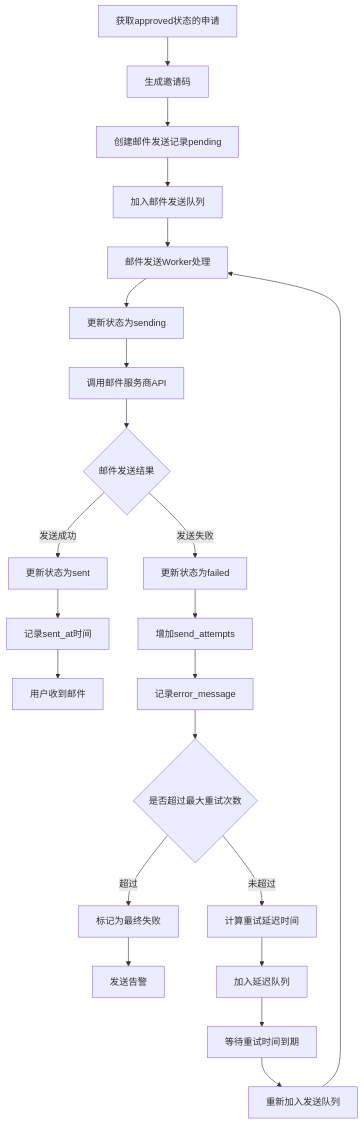
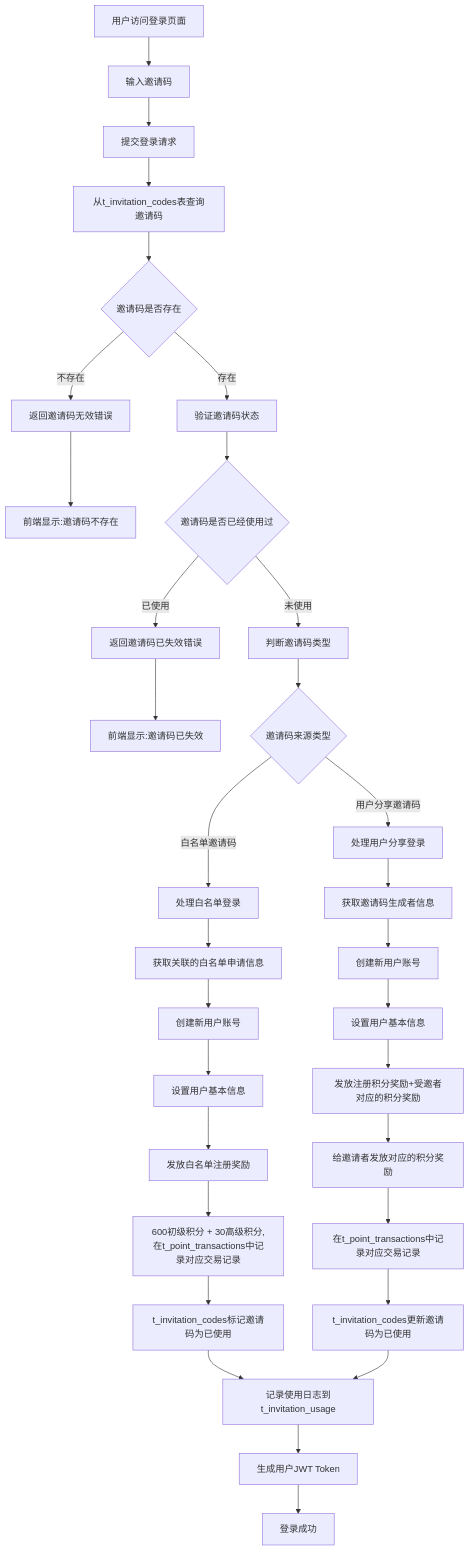
The diagram in all/未命名-76.md (yingjianzh/iodraw-files), drawn with Mermaid before and after one commit.

Commit message:
2025-07-08 10:10:34 update

````diff
--- a/all/未命名-76.md
+++ b/all/未命名-76.md
@@ -1,29 +1,41 @@
 ```mermaid
 
 flowchart TD
-    A[获取approved状态的申请] --> B[生成邀请码]
-    B --> C[创建邮件发送记录pending]
-    C --> D[加入邮件发送队列]
+    A[用户访问登录页面] --> B[输入邀请码]
+    B --> E[提交登录请求]
+    E --> H[从t_invitation_codes表查询邀请码]
+    H --> I{邀请码是否存在}
+    I -->|不存在| J[返回邀请码无效错误]
+    J --> K[前端显示:邀请码不存在]
     
-    D --> E[邮件发送Worker处理]
-    E --> F[更新状态为sending]
-    F --> G[调用邮件服务商API]
-    G --> H{邮件发送结果}
+    I -->|存在| L[验证邀请码状态]
+    L --> M{邀请码是否已经使用过}
+    M -->|已使用| N[返回邀请码已失效错误]
+    N --> O[前端显示:邀请码已失效]
     
-    H -->|发送成功| I[更新状态为sent]
-    I --> J[记录sent_at时间]
-    J --> K[用户收到邮件]
+    M -->|未使用| X[判断邀请码类型]
+    X --> Y{邀请码来源类型}
     
-    H -->|发送失败| L[更新状态为failed]
-    L --> M[增加send_attempts]
-    M --> N[记录error_message]
-    N --> O{是否超过最大重试次数}
-    O -->|超过| P[标记为最终失败]
-    P --> Q[发送告警]
-    O -->|未超过| R[计算重试延迟时间]
-    R --> S[加入延迟队列]
-    S --> T[等待重试时间到期]
-    T --> U[重新加入发送队列]
-    U --> E
+    Y -->|白名单邀请码| Z[处理白名单登录]
+    Z --> Z1[获取关联的白名单申请信息]
+    Z1 --> Z2[创建新用户账号]
+    Z2 --> Z3[设置用户基本信息]
+    Z3 --> Z4[发放白名单注册奖励]
+    Z4 --> Z5[600初级积分 + 30高级积分,在t_point_transactions中记录对应交易记录]
+    Z5 --> Z6[t_invitation_codes标记邀请码为已使用]
+    Z6 --> AA[记录使用日志到t_invitation_usage]
+    
+    Y -->|用户分享邀请码| BB[处理用户分享登录]
+    BB --> BB1[获取邀请码生成者信息]
+    BB1 --> BB2[创建新用户账号]
+    BB2 --> BB3[设置用户基本信息]
+    BB3 --> BB4[发放注册积分奖励+受邀者对应的积分奖励]
+    BB4 --> BB5[给邀请者发放对应的积分奖励]
+    BB5 --> BB6[在t_point_transactions中记录对应交易记录]
+    BB6 --> BB7[t_invitation_codes更新邀请码为已使用]
+    BB7 --> AA
+    
+    AA --> CC[生成用户JWT Token]
+    CC --> DD[登录成功]  
 
 ```
````
